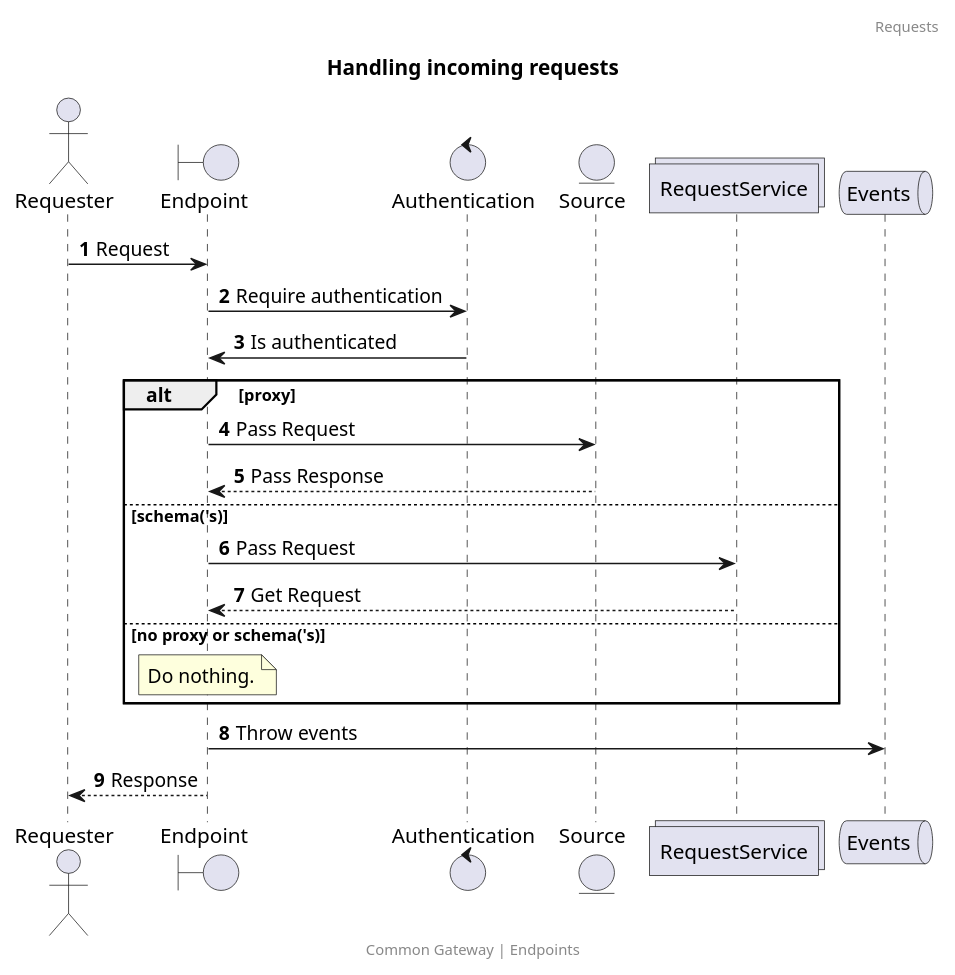
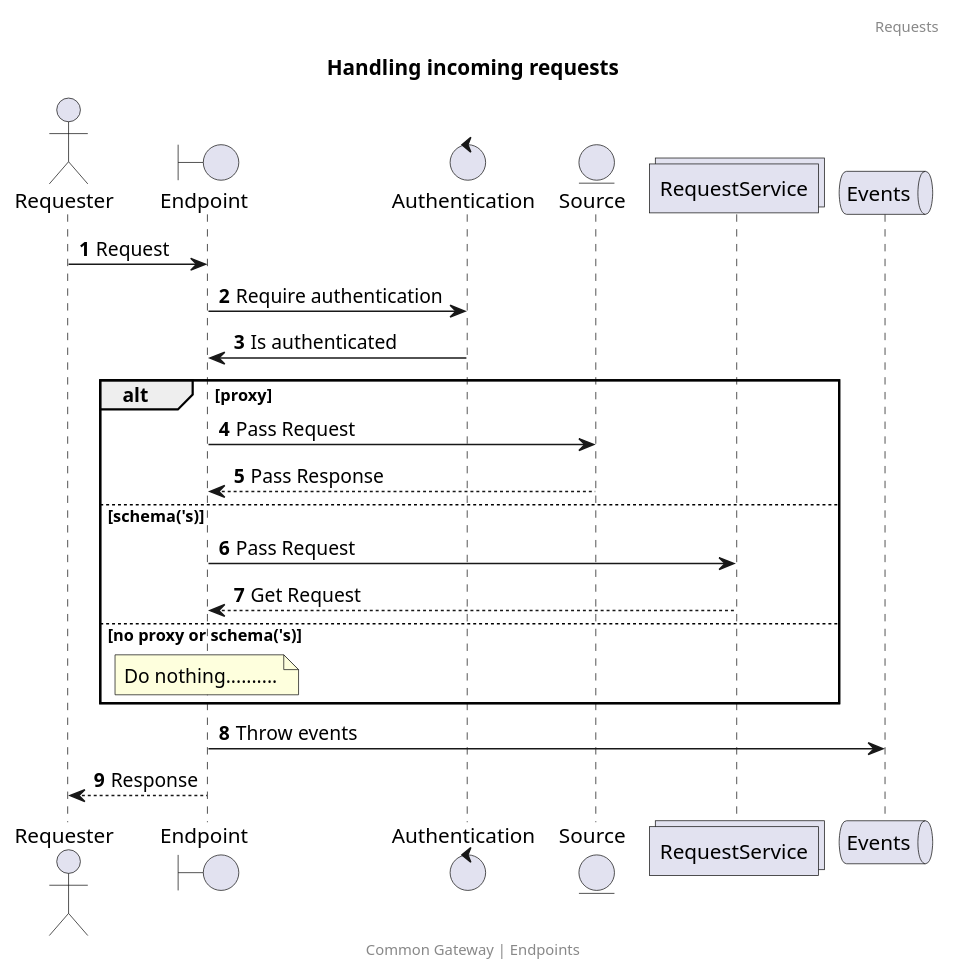
The diagram in docs/features/request.puml (CommonGateway/CoreBundle), drawn with PlantUML before and after one commit. The commit also changed 7 other files, not shown here.

Commit message:
Add proxy and throw sequence diagrams

```diff
--- a/docs/features/request.puml
+++ b/docs/features/request.puml
@@ -1,30 +1,30 @@
 @startuml
 title: Handling incoming requests
 footer: Common Gateway | Endpoints
 header: Requests
 autonumber
 
 actor       Requester        as Requester
 boundary    Endpoint         as Endpoint
 control     Authentication   as Authentication
 entity      Source           as Source
 collections RequestService   as RequestService
 queue       Events           as Events
 
 Requester -> Endpoint: Request
 Endpoint -> Authentication  : Require authentication
 Authentication -> Endpoint  : Is authenticated
 alt proxy
 
 Endpoint -> Source  : Pass Request
 Source --> Endpoint : Pass Response
 else schema('s)
 Endpoint -> RequestService  : Pass Request
 RequestService  --> Endpoint : Get Request
 else no proxy or schema('s)
-note over Endpoint: Do nothing.
+note over Endpoint: Do nothing..........
 end
 
 Endpoint -> Events: Throw events
 Endpoint --> Requester: Response
 @enduml
```
